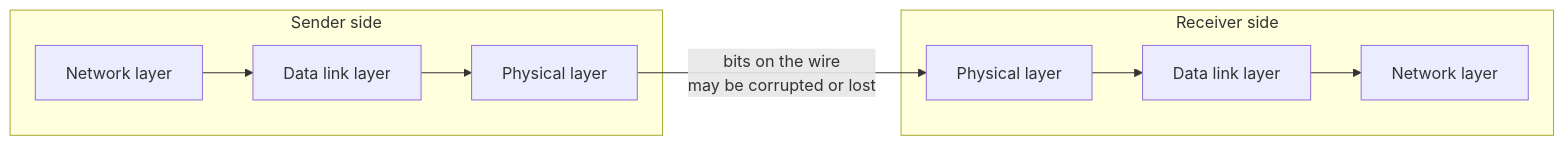
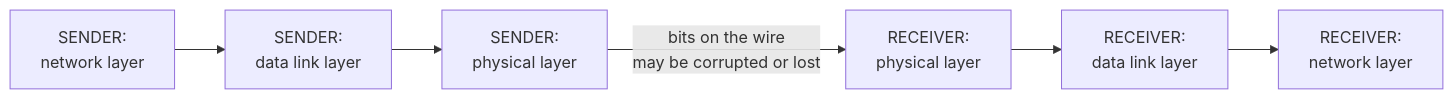
One commit to FahimMashroor/Chalmers_CSC changed the third of 12 diagrams in EDA387-Computer-Networks/16-Self-Stabilizing-Data-Link.md. Above: the diagram before and after it, drawn with Mermaid. The commit also changed other lines of this file, not shown here.

Commit message:
Rewrite 16 Self-Stabilizing Data Link in simple language with examples and diagrams

````diff
--- a/EDA387-Computer-Networks/16-Self-Stabilizing-Data-Link.md
+++ b/EDA387-Computer-Networks/16-Self-Stabilizing-Data-Link.md
@@ -86,12 +126,6 @@
 ```mermaid
 flowchart LR
-    subgraph Sender side
-        N1[Network layer] --> D1[Data link layer]
-        D1 --> P1[Physical layer]
-    end
-    subgraph Receiver side
-        P2[Physical layer] --> D2[Data link layer]
-        D2 --> N2[Network layer]
-    end
-    P1 -- "bits on the wire<br/>may be corrupted or lost" --> P2
+    N1["SENDER:<br/>network layer"] --> D1["SENDER:<br/>data link layer"] --> P1["SENDER:<br/>physical layer"]
+    P1 -- "bits on the wire<br/>may be corrupted or lost" --> P2["RECEIVER:<br/>physical layer"]
+    P2 --> D2["RECEIVER:<br/>data link layer"] --> N2["RECEIVER:<br/>network layer"]
 ```
````
